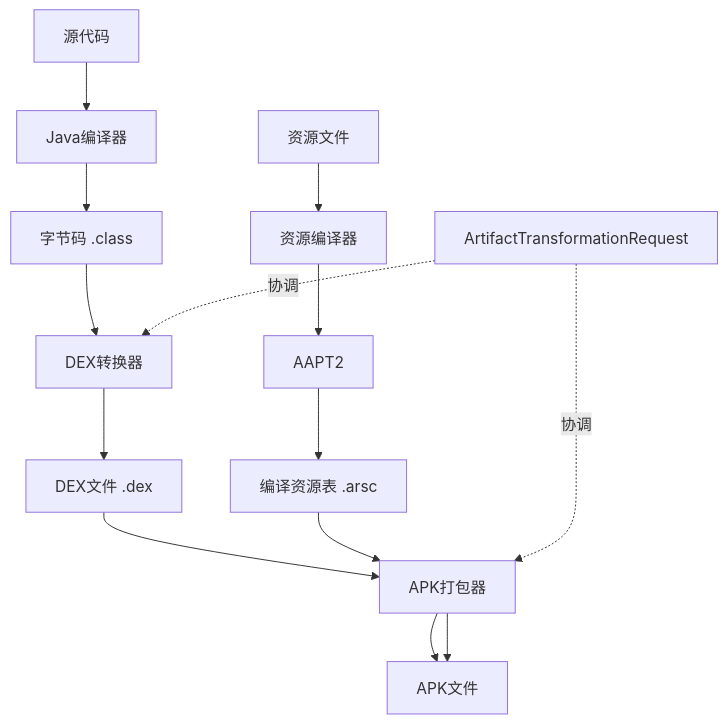
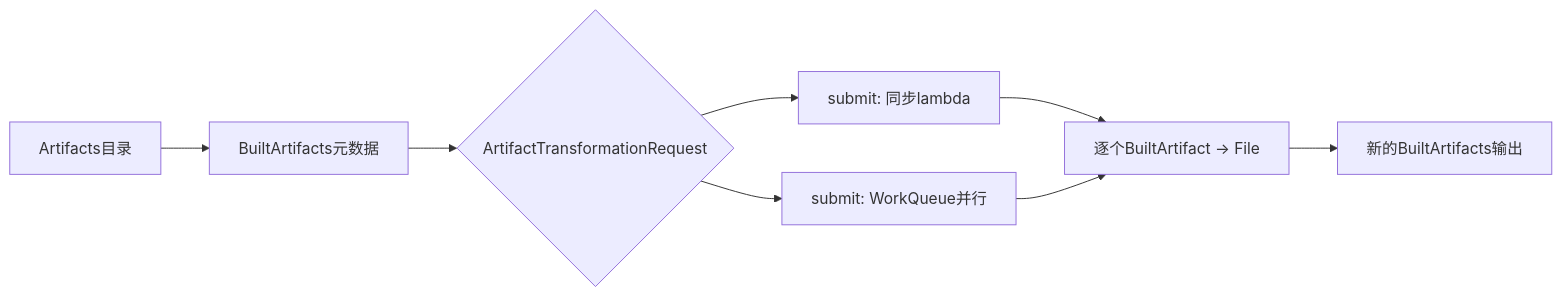
The first of 3 diagrams in AndroidDeveloperGuideStory/Contents/vol21/21.1.19 工件转换请求.md (Carrie-L/carrie-l.github.io), drawn with Mermaid before and after one commit. The commit also changed other lines of this file, not shown here.

Commit message:
feat(chapter-21.1.19): add artifact transformation request narrative and practice

````diff
--- a/AndroidDeveloperGuideStory/Contents/vol21/21.1.19 工件转换请求.md
+++ b/AndroidDeveloperGuideStory/Contents/vol21/21.1.19 工件转换请求.md
@@ -84,19 +61,10 @@
 ```mermaid
-graph TD
-    A[源代码] --> B[Java编译器]
-    B --> C[字节码 .class]
-    C --> D[DEX转换器]
-    D --> E[DEX文件 .dex]
-    E --> F[APK打包器]
-    F --> G[APK文件]
-    
-    H[资源文件] --> I[资源编译器]
-    I --> J[AAPT2]
-    J --> K[编译资源表 .arsc]
-    K --> F
-    
-    F --> G
-    
-    L[ArtifactTransformationRequest] -.->|协调| D
-    L -.->|协调| F
+flowchart LR
+    A[Artifacts目录] --> B[BuiltArtifacts元数据]
+    B --> C{ArtifactTransformationRequest}
+    C --> D[submit: 同步lambda]
+    C --> E[submit: WorkQueue并行]
+    D --> F[逐个BuiltArtifact -> File]
+    E --> F
+    F --> G[新的BuiltArtifacts输出]
 ```
````
